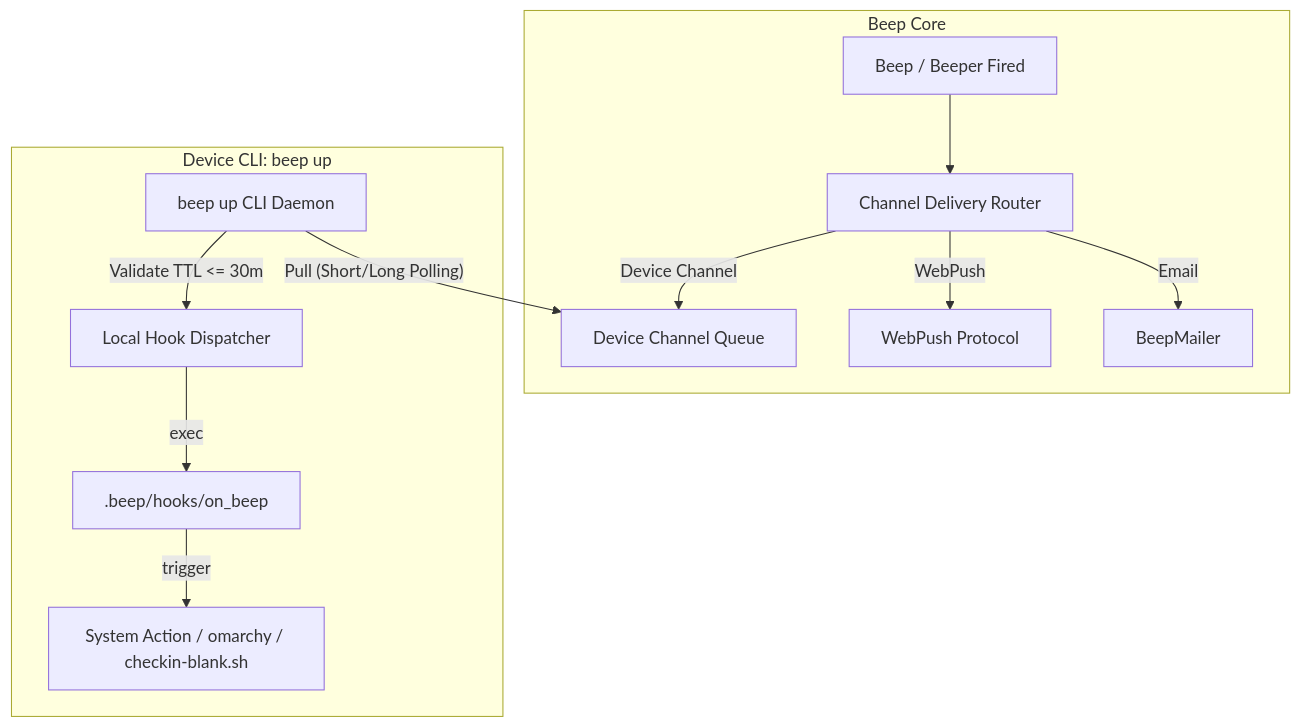
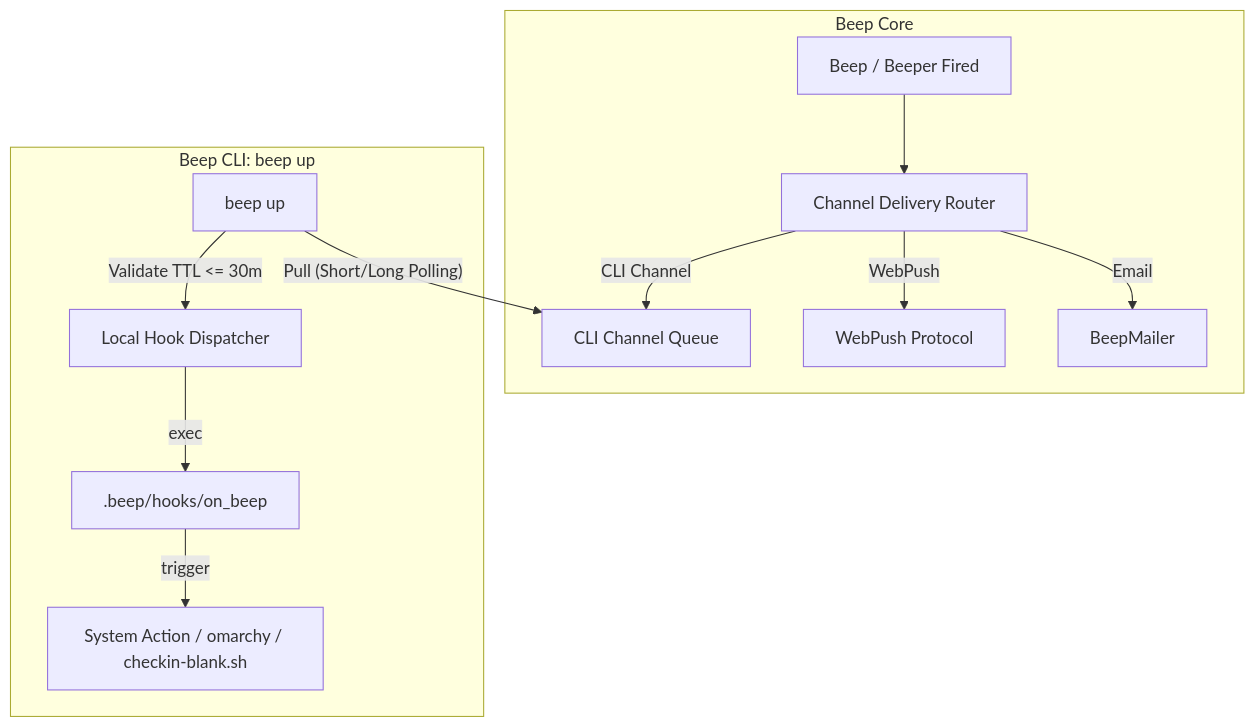
Before and after one commit to yuler/beep: the diagram in docs/architecture/channel.md, drawn with Mermaid. The commit also changed other lines of this file and 38 other files, not shown here.

````diff
--- a/docs/architecture/channel.md
+++ b/docs/architecture/channel.md
@@ -9,16 +9,16 @@
 ```mermaid
 flowchart TD
   subgraph Cloud [Beep Core]
     Beep["Beep / Beeper Fired"] --> Router[Channel Delivery Router]
     Router -->|Email| Mail[BeepMailer]
     Router -->|WebPush| FCM[WebPush Protocol]
-    Router -->|Device Channel| DeviceInbox[Device Channel Queue]
+    Router -->|CLI Channel| CliInbox[CLI Channel Queue]
   end
 
-  subgraph Host ["Device CLI: beep up"]
-    Daemon["beep up CLI Daemon"] -->|"Pull (Short/Long Polling)"| DeviceInbox
+  subgraph Host ["Beep CLI: beep up"]
+    Daemon["beep up"] -->|"Pull (Short/Long Polling)"| CliInbox
     Daemon -->|"Validate TTL <= 30m"| HookRunner[Local Hook Dispatcher]
     HookRunner -->|exec| Hook[".beep/hooks/on_beep"]
     Hook -->|trigger| Action["System Action / omarchy / checkin-blank.sh"]
   end
 ```
````
